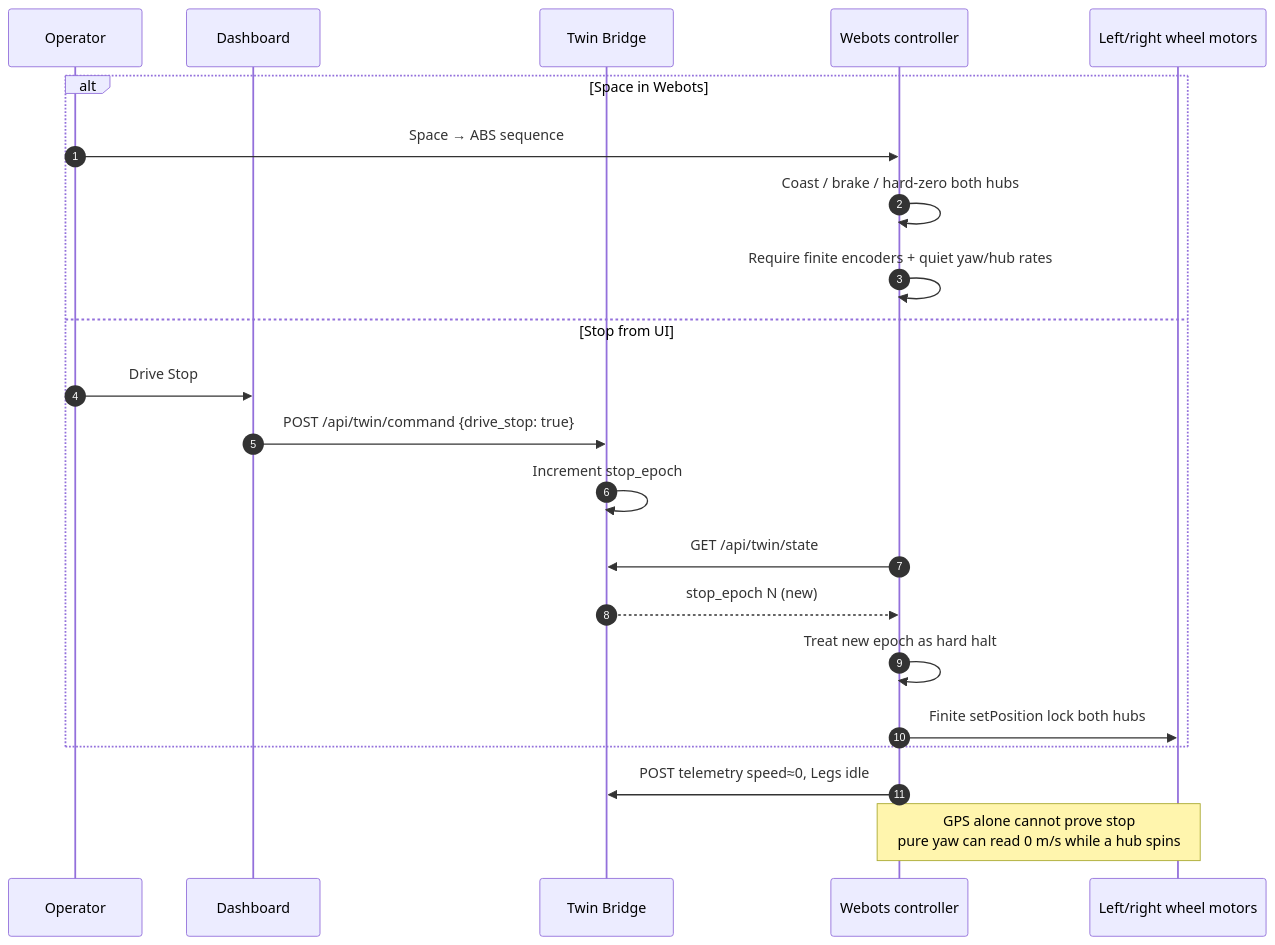
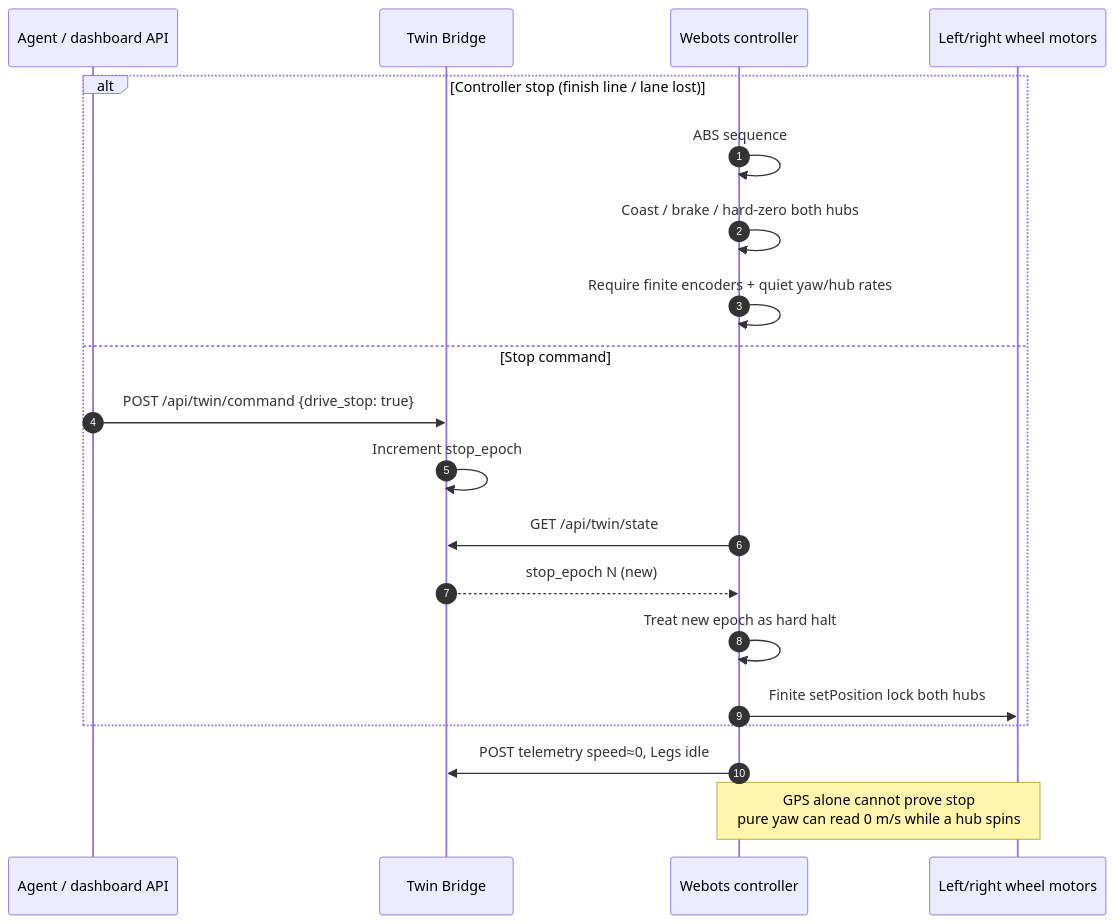
One commit to Daniel7505/robot-battery-monitor changed the fifth of 6 diagrams in docs/ARCHITECTURE.md. Above: the diagram before and after it, drawn with Mermaid. The commit also changed other lines of this file and 20 other files, not shown here.

````diff
--- a/docs/ARCHITECTURE.md
+++ b/docs/ARCHITECTURE.md
@@ -228,25 +227,23 @@
 ```mermaid
 sequenceDiagram
     autonumber
-    participant Op as Operator
-    participant UI as Dashboard
+    participant Ag as Agent / dashboard API
     participant B as Twin Bridge
     participant W as Webots controller
     participant M as Left/right wheel motors
 
-    alt Space in Webots
-        Op->>W: Space → ABS sequence
+    alt Controller stop (finish line / lane lost)
+        W->>W: ABS sequence
         W->>W: Coast / brake / hard-zero both hubs
         W->>W: Require finite encoders + quiet yaw/hub rates
-    else Stop from UI
-        Op->>UI: Drive Stop
-        UI->>B: POST /api/twin/command {drive_stop: true}
+    else Stop command
+        Ag->>B: POST /api/twin/command {drive_stop: true}
         B->>B: Increment stop_epoch
         W->>B: GET /api/twin/state
         B-->>W: stop_epoch N (new)
         W->>W: Treat new epoch as hard halt
         W->>M: Finite setPosition lock both hubs
     end
     W->>B: POST telemetry speed≈0, Legs idle
     Note over W,M: GPS alone cannot prove stop<br/>pure yaw can read 0 m/s while a hub spins
 ```
````
